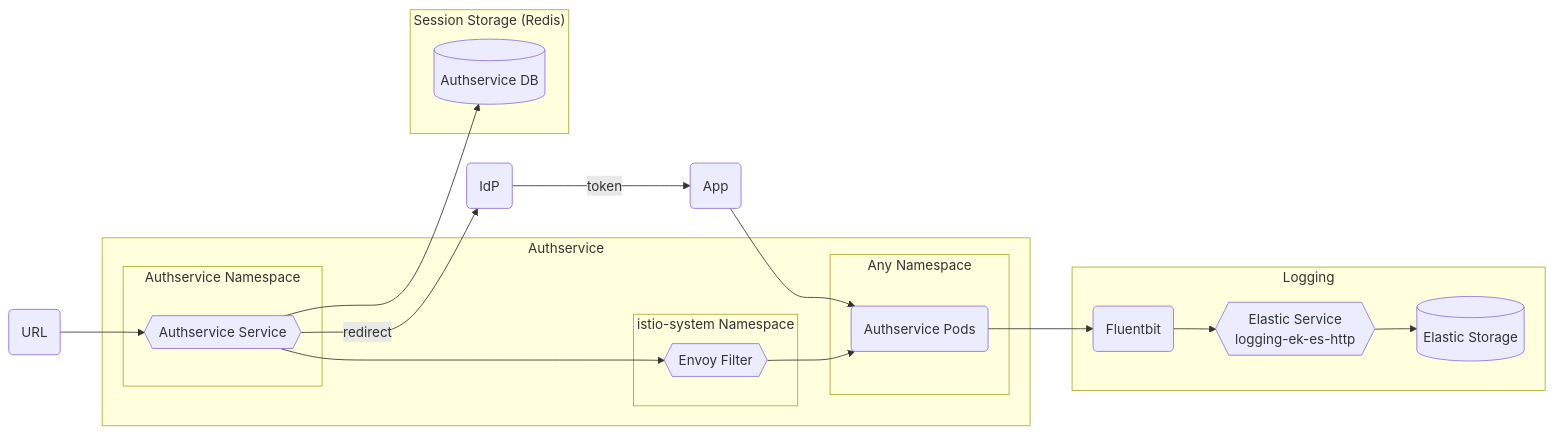
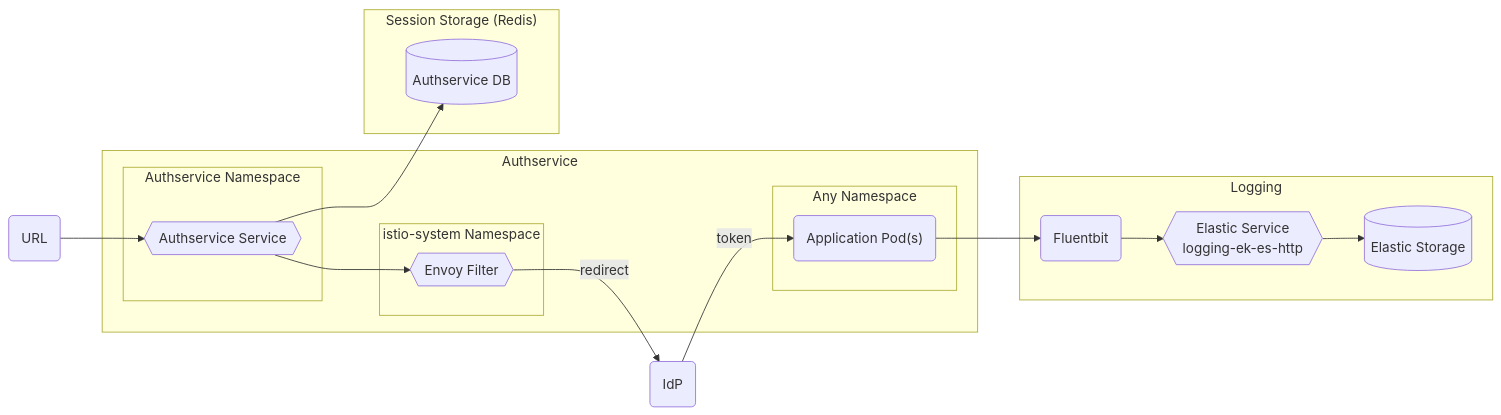
The diagram in charter/packages/authservice/Architecture.md (rjferguson21/big-bang), drawn with Mermaid before and after one commit.

Commit message:
update mermaid diagram

````diff
--- a/charter/packages/authservice/Architecture.md
+++ b/charter/packages/authservice/Architecture.md
@@ -13,29 +13,30 @@
 ```mermaid
 graph LR
-  pod("URL") --> authservice --> |redirect| pod2("IdP")
-  pod2 --> |token| app("App") --> authservicepods
+  pod("URL") --> authservice
+  envoyfilter --> |redirect| pod2("IdP")
+  pod2 --> |token| apppods
 
   subgraph "Authservice"
     subgraph "Any Namespace"
-      authservicepods("Authservice Pod(s)")
+      apppods("Application Pod(s)")
     end
 
     subgraph "istio-system Namespace"
-      envoyfilter{{"Envoy Filter"}} --> authservicepods
+      envoyfilter{{"Envoy Filter"}}
     end
     
     subgraph "Authservice Namespace"
       authservice{{"Authservice Service"}} --> envoyfilter
     end
         
   end
 
   subgraph "Session Storage (Redis)"
     authservice --> database3[("Authservice DB")]
   end
 
   subgraph "Logging"
-    authservicepods("Authservice Pods") --> fluent(Fluentbit) --> logging-ek-es-http
+    apppods --> fluent(Fluentbit) --> logging-ek-es-http
     logging-ek-es-http{{Elastic Service<br />logging-ek-es-http}} --> elastic[(Elastic Storage)]
   end
 ```
````
